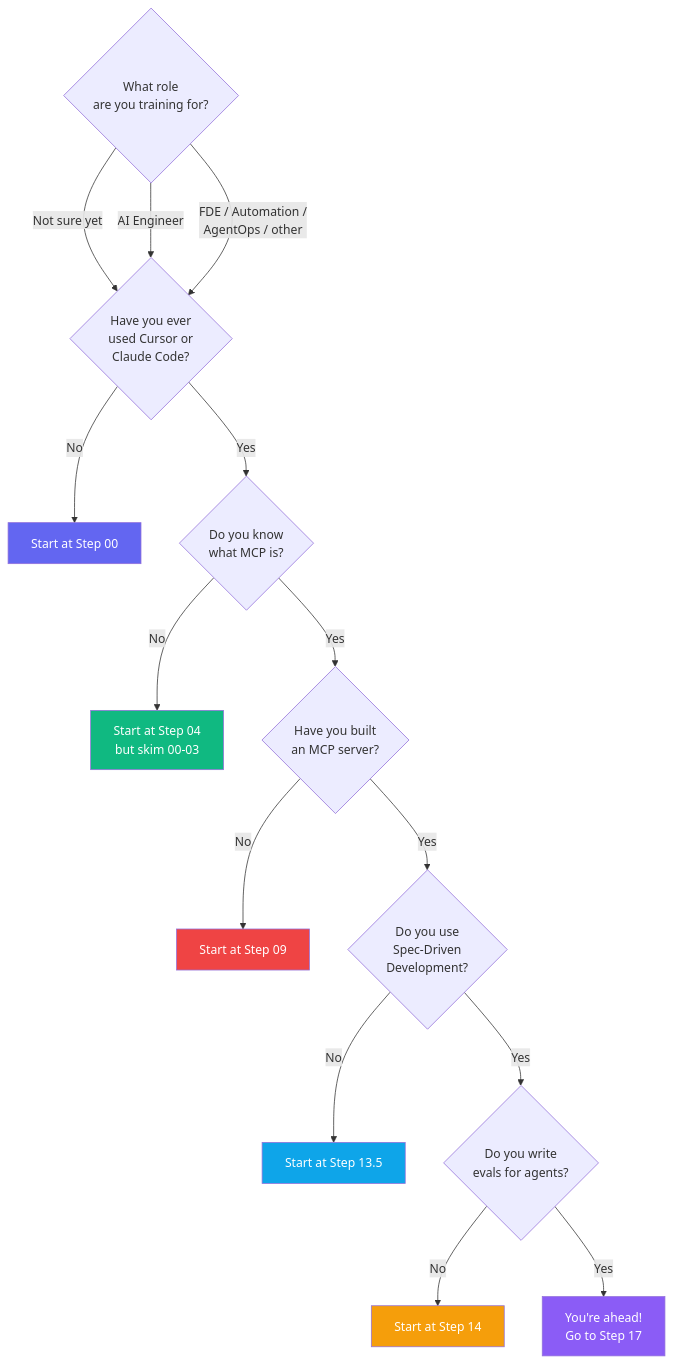
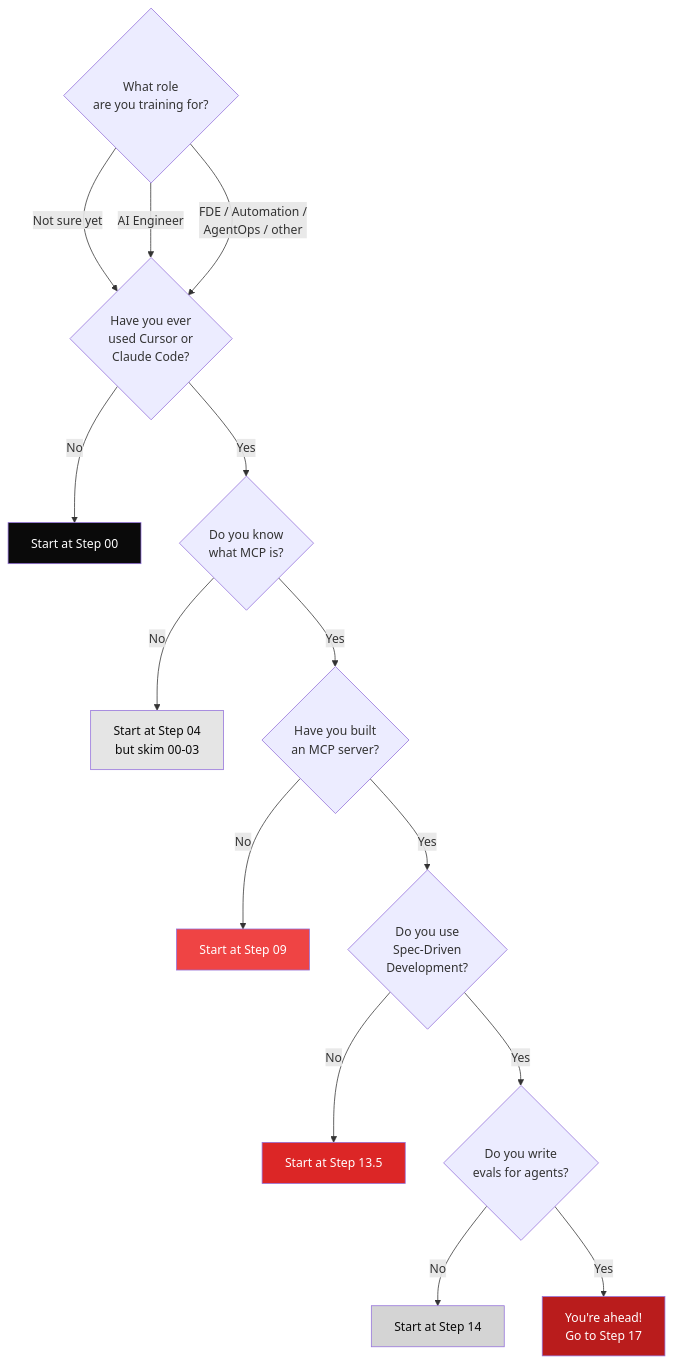
One commit to Isfhan/learn-agentic-coding changed the second of 2 diagrams in ROADMAP.md. Above: the diagram before and after it, drawn with Mermaid. The commit also changed other lines of this file and 33 other files, not shown here.

````diff
--- a/ROADMAP.md
+++ b/ROADMAP.md
@@ -96,24 +96,24 @@
 ```mermaid
 flowchart TD
     Q0{What role<br/>are you training for?}
     Q0 -->|Not sure yet| Q1{Have you ever<br/>used Cursor or<br/>Claude Code?}
     Q0 -->|AI Engineer| Q1
     Q0 -->|FDE / Automation /<br/>AgentOps / other| Q1
     Q1 -->|No| S0[Start at Step 00]
     Q1 -->|Yes| Q2{Do you know<br/>what MCP is?}
     Q2 -->|No| S4[Start at Step 04<br/>but skim 00-03]
     Q2 -->|Yes| Q3{Have you built<br/>an MCP server?}
     Q3 -->|No| S9[Start at Step 09]
     Q3 -->|Yes| Q35{Do you use<br/>Spec-Driven<br/>Development?}
     Q35 -->|No| S135[Start at Step 13.5]
     Q35 -->|Yes| Q4{Do you write<br/>evals for agents?}
     Q4 -->|No| S14[Start at Step 14]
     Q4 -->|Yes| S17[You're ahead!<br/>Go to Step 17]
 
-    style S0 fill:#6366f1,color:#fff
-    style S4 fill:#10b981,color:#fff
-    style S9 fill:#ef4444,color:#fff
-    style S135 fill:#0ea5e9,color:#fff
-    style S14 fill:#f59e0b,color:#fff
-    style S17 fill:#8b5cf6,color:#fff
+    style S0 fill:#0A0A0A,color:#fff
+    style S4 fill:#E5E5E5,color:#0A0A0A
+    style S9 fill:#EF4444,color:#fff
+    style S135 fill:#DC2626,color:#fff
+    style S14 fill:#D4D4D4,color:#0A0A0A
+    style S17 fill:#B91C1C,color:#fff
 ```
````
